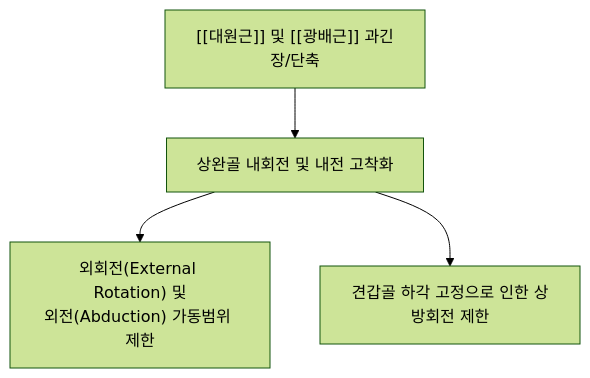
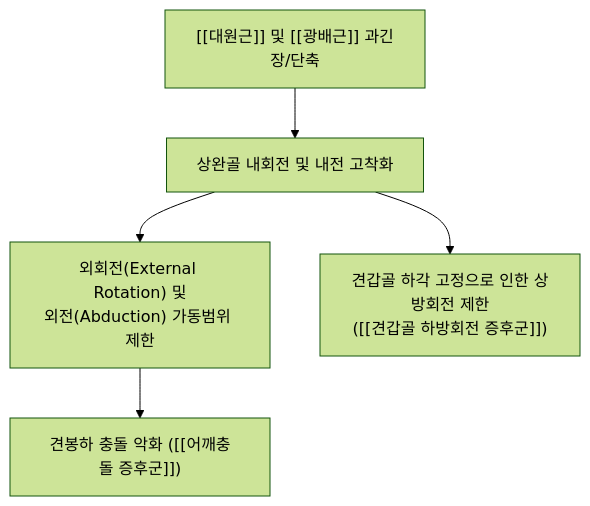
One commit to simbio11/simbio-digital-garden2 changed the second of 3 diagrams in content/1. 근골격계 공부/근육/(4) 어깨/대원근.md. Above: the diagram before and after it, drawn with Mermaid (forest theme). The commit also changed other lines of this file and 150 other files, not shown here.

````diff
--- a/content/1. 근골격계 공부/근육/(4) 어깨/대원근.md
+++ b/content/1. 근골격계 공부/근육/(4) 어깨/대원근.md
@@ -54,7 +65,7 @@
 ```mermaid
 graph TD
     TeresMajorTight["[[대원근]] 및 [[광배근]] 과긴장/단축"] --> IR_Dominance["상완골 내회전 및 내전 고착화"]
-    IR_Dominance --> ExtRotLimit["외회전(External Rotation) 및
-외전(Abduction) 가동범위 제한"]
-    IR_Dominance --> ScapularAntTilt["견갑골 하각 고정으로 인한 상방회전 제한"]
+    IR_Dominance --> ExtRotLimit["외회전(External Rotation) 및<br>외전(Abduction) 가동범위 제한"]
+    IR_Dominance --> ScapularAntTilt["견갑골 하각 고정으로 인한 상방회전 제한<br>([[견갑골 하방회전 증후군]])"]
+    ExtRotLimit --> Impingement["견봉하 충돌 악화 ([[어깨충돌 증후군]])"]
 ```
````
